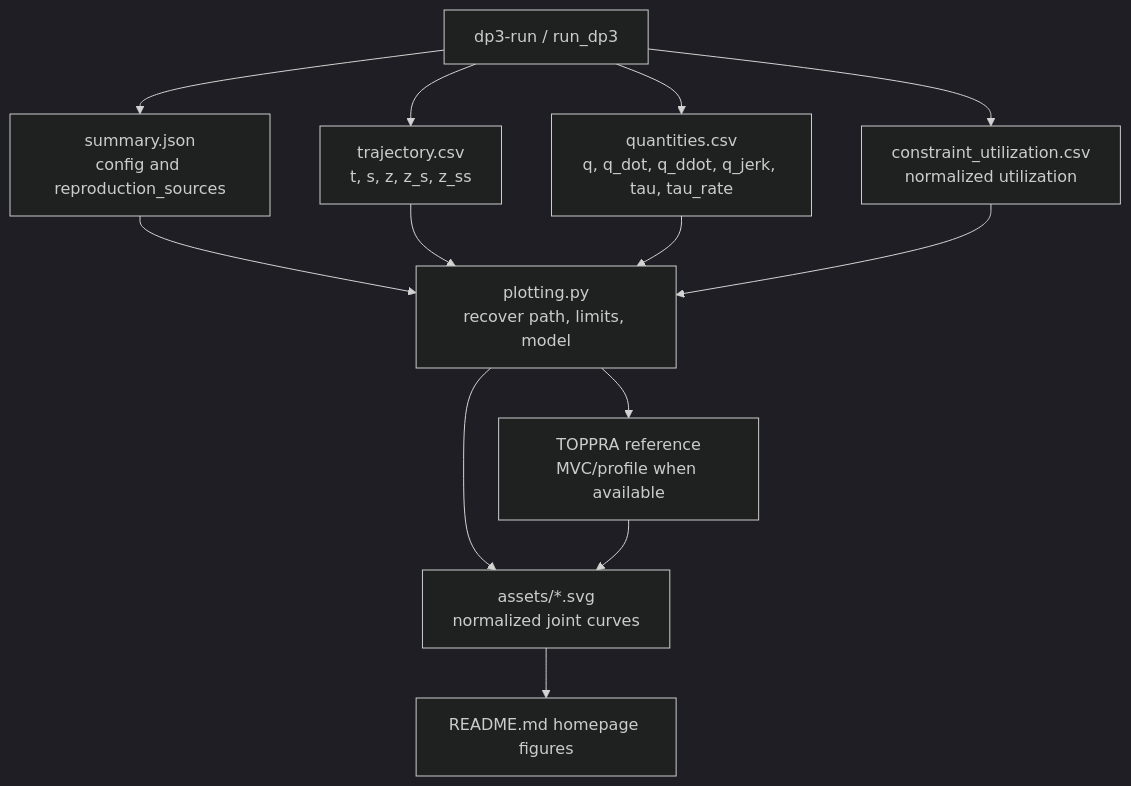
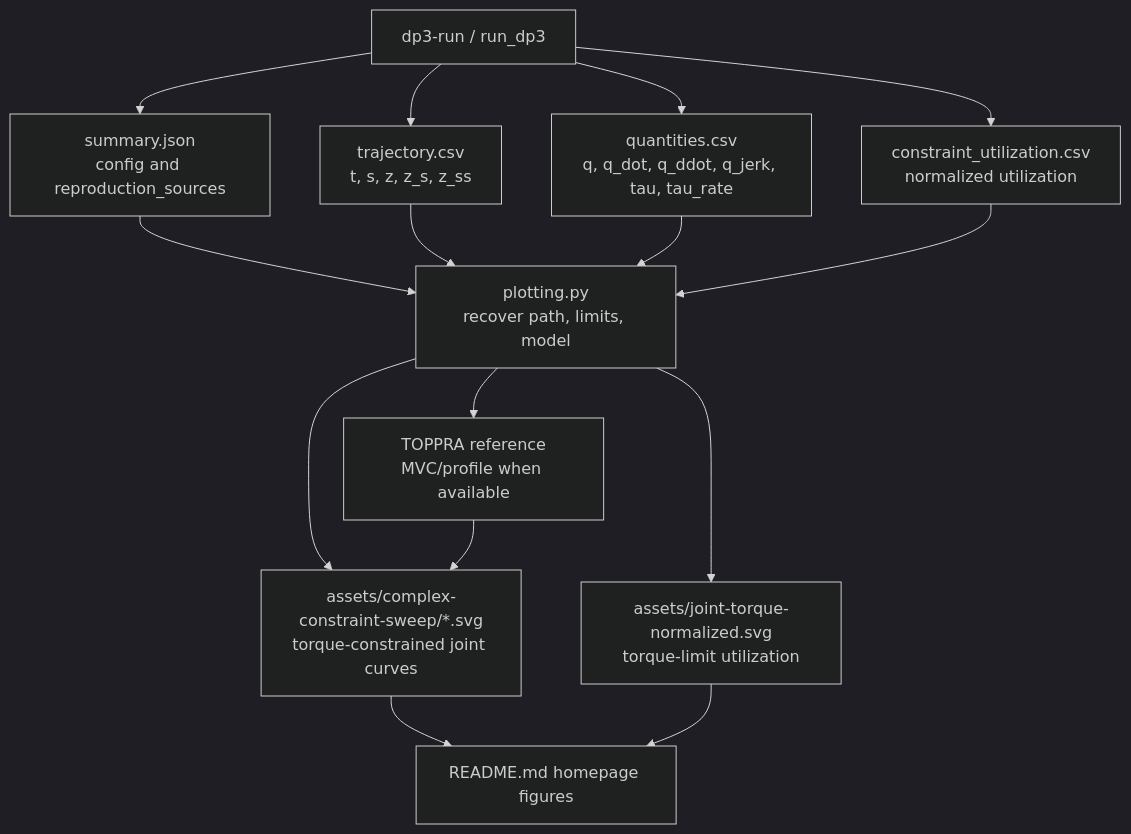
One commit to ZhaoShize123/dp3-topp changed the seventh of 7 diagrams in docs/dp3_algorithm_flow_zh.md. Above: the diagram before and after it, drawn with Mermaid (dark theme). The commit also changed other lines of this file and 3 other files, not shown here.

Commit message:
Use torque-constrained joint plots in README

````diff
--- a/docs/dp3_algorithm_flow_zh.md
+++ b/docs/dp3_algorithm_flow_zh.md
@@ -1127,15 +1127,17 @@
 ```mermaid
 flowchart TD
     A["dp3-run / run_dp3"] --> B["trajectory.csv<br/>t, s, z, z_s, z_ss"]
     A --> C["quantities.csv<br/>q, q_dot, q_ddot, q_jerk, tau, tau_rate"]
     A --> D["constraint_utilization.csv<br/>normalized utilization"]
     A --> E["summary.json<br/>config and reproduction_sources"]
     E --> F["plotting.py<br/>recover path, limits, model"]
     B --> F
     C --> F
     D --> F
     F --> G["TOPPRA reference<br/>MVC/profile when available"]
-    F --> H["assets/*.svg<br/>normalized joint curves"]
+    F --> H["assets/complex-constraint-sweep/*.svg<br/>torque-constrained joint curves"]
+    F --> J["assets/joint-torque-normalized.svg<br/>torque-limit utilization"]
     G --> H
     H --> I["README.md homepage figures"]
+    J --> I
 ```
````
